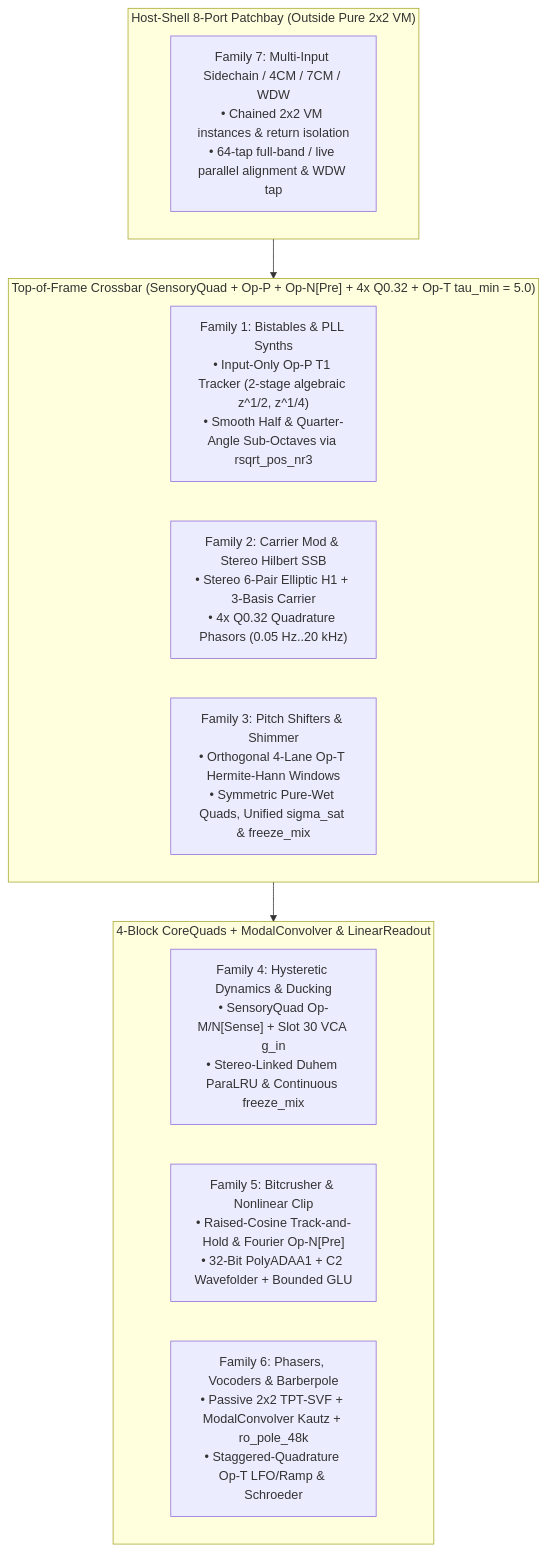
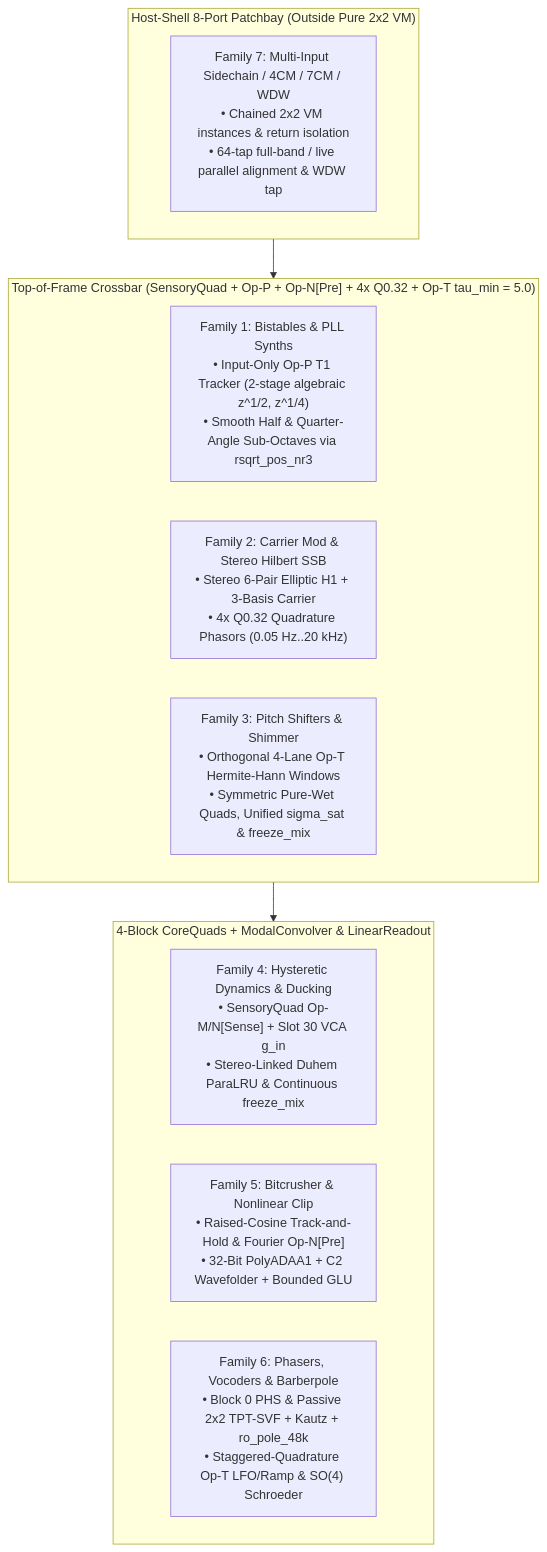
One commit to mokugen/dnam changed the seventh of 7 diagrams in docs/specs/architecture/sona_architecture.md. Above: the diagram before and after it, drawn with Mermaid. The commit also changed other lines of this file and 11 other files, not shown here.

Commit message:
docs(sona): M15 specs & ADR-0022 for Block 0 PHS, Op-T SO(4)+SoA & fp16 QAT

````diff
--- a/docs/specs/architecture/sona_architecture.md
+++ b/docs/specs/architecture/sona_architecture.md
@@ -646,20 +646,20 @@
 ```mermaid
 flowchart TD
     subgraph HostShell ["Host-Shell 8-Port Patchbay (Outside Pure 2x2 VM)"]
         F7["Family 7: Multi-Input Sidechain / 4CM / 7CM / WDW<br/>• Chained 2x2 VM instances & return isolation<br/>• 64-tap full-band / live parallel alignment & WDW tap"]
     end
 
     subgraph Crossbar ["Top-of-Frame Crossbar (SensoryQuad + Op-P + Op-N[Pre] + 4x Q0.32 + Op-T tau_min = 5.0)"]
         F1["Family 1: Bistables & PLL Synths<br/>• Input-Only Op-P T1 Tracker (2-stage algebraic z^1/2, z^1/4)<br/>• Smooth Half & Quarter-Angle Sub-Octaves via rsqrt_pos_nr3"]
         F2["Family 2: Carrier Mod & Stereo Hilbert SSB<br/>• Stereo 6-Pair Elliptic H1 + 3-Basis Carrier<br/>• 4x Q0.32 Quadrature Phasors (0.05 Hz..20 kHz)"]
         F3["Family 3: Pitch Shifters & Shimmer<br/>• Orthogonal 4-Lane Op-T Hermite-Hann Windows<br/>• Symmetric Pure-Wet Quads, Unified sigma_sat & freeze_mix"]
     end
 
     subgraph CoreAndConv ["4-Block CoreQuads + ModalConvolver & LinearReadout"]
         F4["Family 4: Hysteretic Dynamics & Ducking<br/>• SensoryQuad Op-M/N[Sense] + Slot 30 VCA g_in<br/>• Stereo-Linked Duhem ParaLRU & Continuous freeze_mix"]
         F5["Family 5: Bitcrusher & Nonlinear Clip<br/>• Raised-Cosine Track-and-Hold & Fourier Op-N[Pre]<br/>• 32-Bit PolyADAA1 + C2 Wavefolder + Bounded GLU"]
-        F6["Family 6: Phasers, Vocoders & Barberpole<br/>• Passive 2x2 TPT-SVF + ModalConvolver Kautz + ro_pole_48k<br/>• Staggered-Quadrature Op-T LFO/Ramp & Schroeder"]
+        F6["Family 6: Phasers, Vocoders & Barberpole<br/>• Block 0 PHS & Passive 2x2 TPT-SVF + Kautz + ro_pole_48k<br/>• Staggered-Quadrature Op-T LFO/Ramp & SO(4) Schroeder"]
     end
 
     HostShell --> Crossbar --> CoreAndConv
 ```
````
